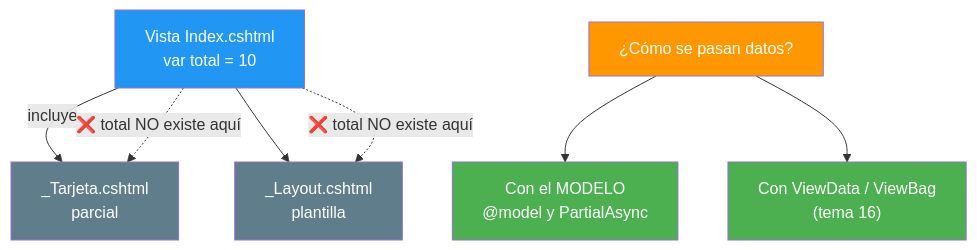
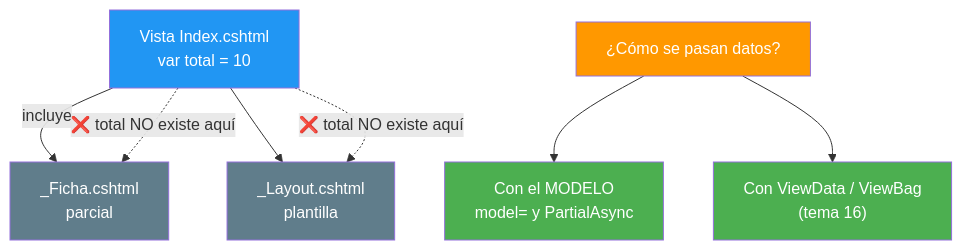
One commit to joseluisgs/DesarrolloWebEntornosServidor-03-2026-2027 changed the sixth of 7 diagrams in 02-directivas-sintaxis.md. Above: the diagram before and after it, drawn with Mermaid. The commit also changed other lines of this file, not shown here.

First line of the commit message:
docs: replantear 02 con enfoque de gestion de Funkos y verificar @model/@inject

````diff
--- a/02-directivas-sintaxis.md
+++ b/02-directivas-sintaxis.md
@@ -552,18 +595,18 @@
 ```mermaid
 graph TD
-    A["Vista Index.cshtml<br/>var total = 10"] -->|"incluye"| B["_Tarjeta.cshtml<br/>parcial"]
+    A["Vista Index.cshtml<br/>var total = 10"] -->|"incluye"| B["_Ficha.cshtml<br/>parcial"]
     A --> C["_Layout.cshtml<br/>plantilla"]
 
     A -.->|"❌ total NO existe aquí"| B
     A -.->|"❌ total NO existe aquí"| C
 
-    D["¿Cómo se pasan datos?"] --> E["Con el MODELO<br/>@model y PartialAsync"]
+    D["¿Cómo se pasan datos?"] --> E["Con el MODELO<br/>model= y PartialAsync"]
     D --> F["Con ViewData / ViewBag<br/>(tema 16)"]
 
     style A fill:#2196F3,color:#fff
     style B fill:#607D8B,color:#fff
     style C fill:#607D8B,color:#fff
     style D fill:#FF9800,color:#fff
     style E fill:#4CAF50,color:#fff
     style F fill:#4CAF50,color:#fff
 ```
````
